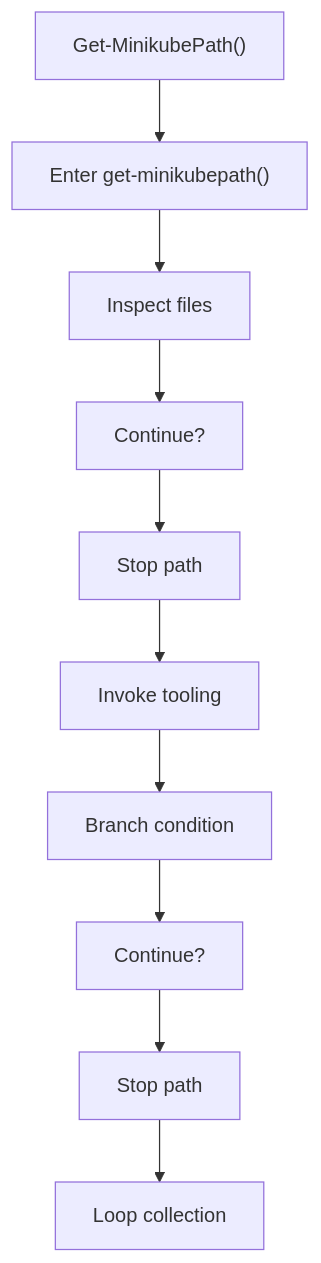
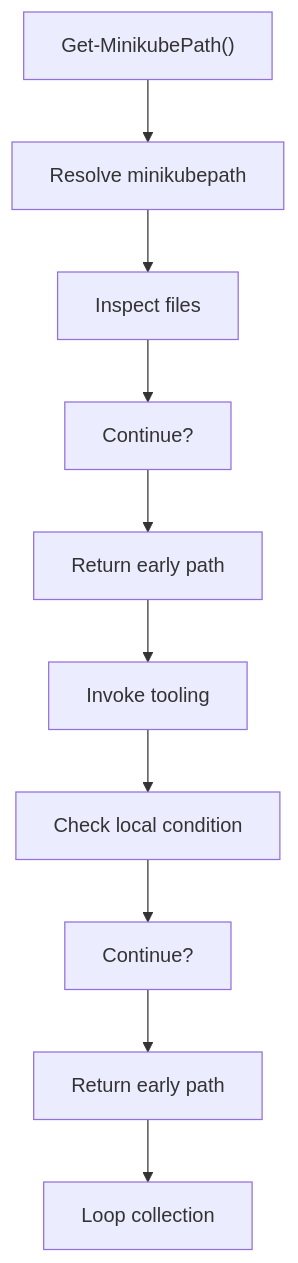
The first of 2 diagrams in docs/Codebase/Infrastructure/session-orchestration/bootstrap_and_deploy/functions/get_minikubepath.ps1.md (JohnAndrewBalbarosa/NeoTerritory), drawn with Mermaid before and after one commit. The commit also changed other lines of this file and 925 other files, not shown here.

````diff
--- a/docs/Codebase/Infrastructure/session-orchestration/bootstrap_and_deploy/functions/get_minikubepath.ps1.md
+++ b/docs/Codebase/Infrastructure/session-orchestration/bootstrap_and_deploy/functions/get_minikubepath.ps1.md
@@ -24,22 +24,22 @@
 ```mermaid
 flowchart TD
     N0["Get-MinikubePath()"]
-    N1["Enter get-minikubepath()"]
+    N1["Resolve minikubepath"]
     N2["Inspect files"]
     N3["Continue?"]
-    N4["Stop path"]
+    N4["Return early path"]
     N5["Invoke tooling"]
-    N6["Branch condition"]
+    N6["Check local condition"]
     N7["Continue?"]
-    N8["Stop path"]
+    N8["Return early path"]
     N9["Loop collection"]
     N0 --> N1
     N1 --> N2
     N2 --> N3
     N3 --> N4
     N4 --> N5
     N5 --> N6
     N6 --> N7
     N7 --> N8
     N8 --> N9
 ```
````
